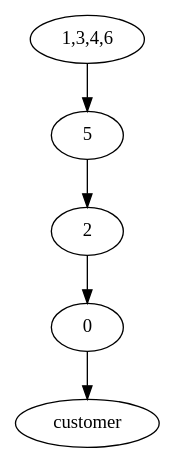
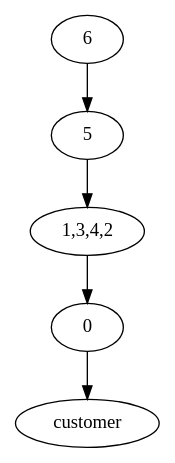
Before and after one commit to clussificate/ECHELON_INVENTORY: the diagram in codes/test.dot, drawn with Graphviz. The commit also changed 4 other files, not shown here.

```diff
--- a/codes/test.dot
+++ b/codes/test.dot
@@ -1,6 +1,6 @@
 strict digraph "" {
-	0 -> customer	[len=0.0001];
-	2 -> 0	[len=3.9999999999999996];
-	5 -> 2	[len=1.0];
-	"1,3,4,6" -> 5	[len=1.0];
+	0 -> customer	[len=0];
+	"1,3,4,2" -> 0	[len=4];
+	5 -> "1,3,4,2"	[len=1];
+	6 -> 5	[len=1];
 }
```
